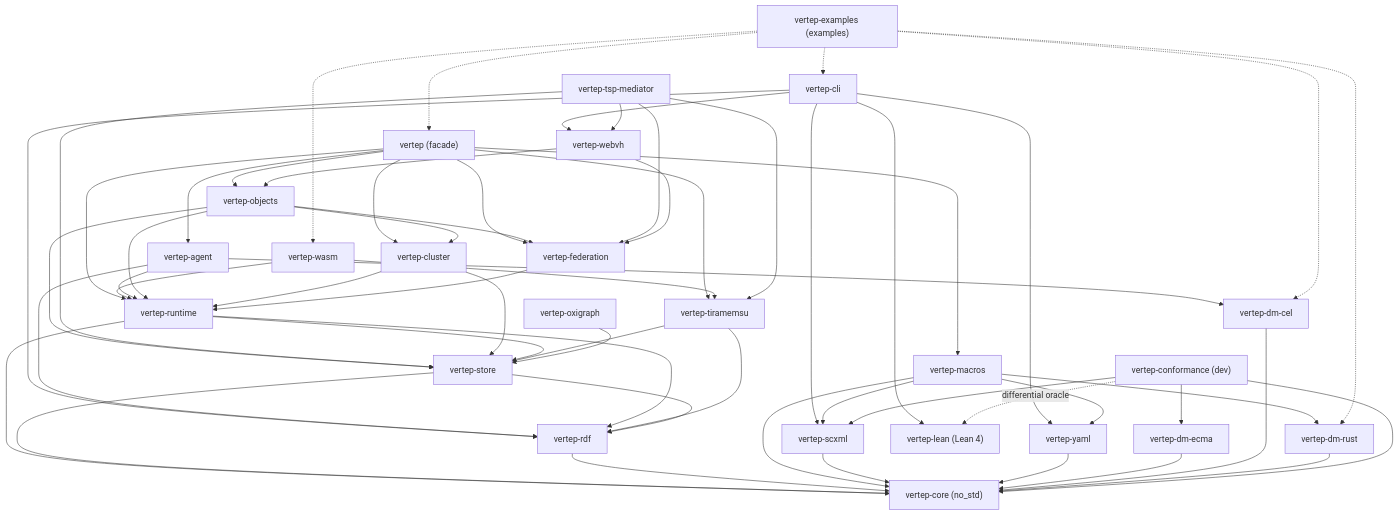
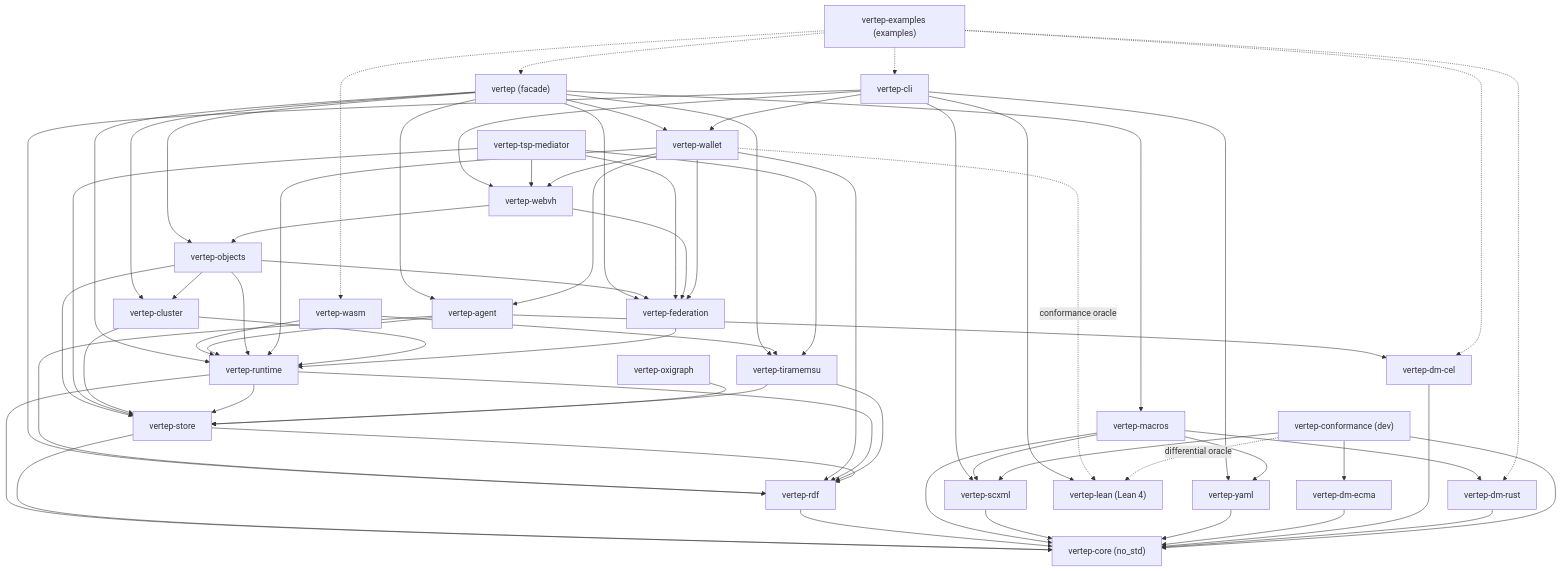
Before and after one commit to Volland/vertep: the diagram in tg.md/components.md, drawn with Mermaid. The commit also changed other lines of this file and 7 other files, not shown here.

Commit message:
M9 graph: milestone, vertep-wallet component, capabilities, decisions D1-D13, constraints, wallet view

````diff
--- a/tg.md/components.md
+++ b/tg.md/components.md
@@ -9,51 +9,54 @@
 ```mermaid
 flowchart TD
     facade["vertep (facade)"]
     cli["vertep-cli"]
     wasm["vertep-wasm"]
     agent["vertep-agent"]
     objects["vertep-objects"]
     mediator["vertep-tsp-mediator"]
     webvh["vertep-webvh"]
+    wallet["vertep-wallet"]
     cluster["vertep-cluster"]
     fed["vertep-federation"]
     runtime["vertep-runtime"]
     tira["vertep-tiramemsu"]
     oxi["vertep-oxigraph"]
     store["vertep-store"]
     rdf["vertep-rdf"]
     macros["vertep-macros"]
     scxml["vertep-scxml"]
     yaml["vertep-yaml"]
     ecma["vertep-dm-ecma"]
     cel["vertep-dm-cel"]
     dmrust["vertep-dm-rust"]
     core["vertep-core (no_std)"]
     conf["vertep-conformance (dev)"]
     examples["vertep-examples (examples)"]
     lean["vertep-lean (Lean 4)"]
 
-    facade --> agent & cluster & fed & objects & runtime & macros & tira
-    cli --> scxml & yaml & rdf & lean & webvh
+    facade --> agent & cluster & fed & objects & runtime & macros & tira & wallet
+    cli --> scxml & yaml & rdf & lean & webvh & wallet
     wasm --> runtime & tira
     agent --> runtime & cel & rdf
     objects --> runtime & store & fed & cluster
     mediator --> fed & store & tira & webvh
     webvh --> fed & objects
+    wallet --> fed & agent & runtime & rdf & webvh
+    wallet -. conformance oracle .-> lean
     cluster --> runtime & store
     fed --> runtime
     runtime --> core & store & rdf
     tira --> store & rdf
     oxi --> store
     store --> core & rdf
     rdf --> core
     macros --> core & scxml & yaml & dmrust
     scxml --> core
     yaml --> core
     ecma --> core
     cel --> core
     dmrust --> core
     conf --> core & scxml & ecma
     conf -. differential oracle .-> lean
     examples -.-> facade & cel & dmrust & cli & wasm
 ```
````
